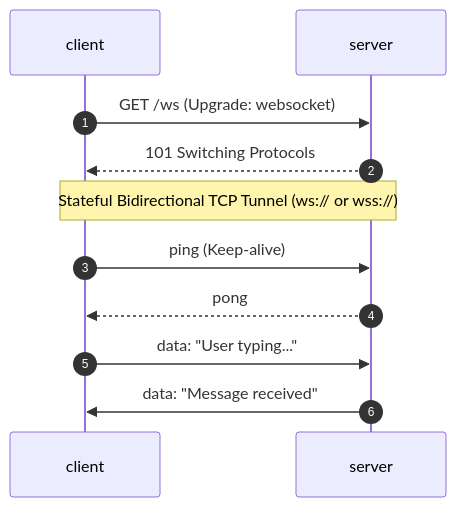
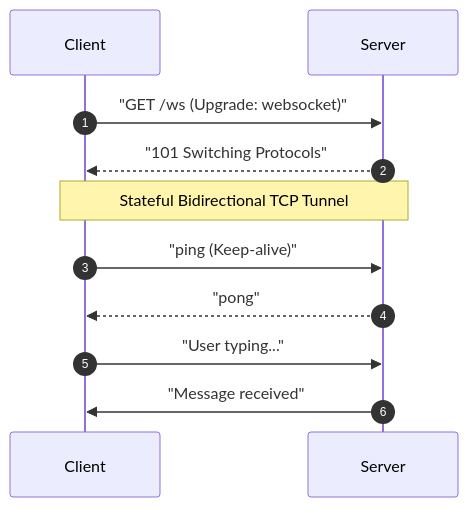
The fourth of 7 diagrams in Patterns/01_realtime_updates.md (weifengcao/deep_system_design), drawn with Mermaid before and after one commit. The commit also changed other lines of this file and 1 other file, not shown here.

First line of the commit message:
fix: resolve remaining Mermaid rendering issues in 01 and 02

````diff
--- a/Patterns/01_realtime_updates.md
+++ b/Patterns/01_realtime_updates.md
@@ -99,11 +105,13 @@
 ```mermaid
 sequenceDiagram
     autonumber
-    client->>server: GET /ws (Upgrade: websocket)
-    server-->>client: 101 Switching Protocols
-    Note over client,server: Stateful Bidirectional TCP Tunnel (ws:// or wss://)
-    client->>server: ping (Keep-alive)
-    server-->>client: pong
-    client->>server: data: "User typing..."
-    server->>client: data: "Message received"
+    participant client as Client
+    participant server as Server
+    client->>server: "GET /ws (Upgrade: websocket)"
+    server-->>client: "101 Switching Protocols"
+    Note over client,server: Stateful Bidirectional TCP Tunnel
+    client->>server: "ping (Keep-alive)"
+    server-->>client: "pong"
+    client->>server: "User typing..."
+    server->>client: "Message received"
 ```
````
